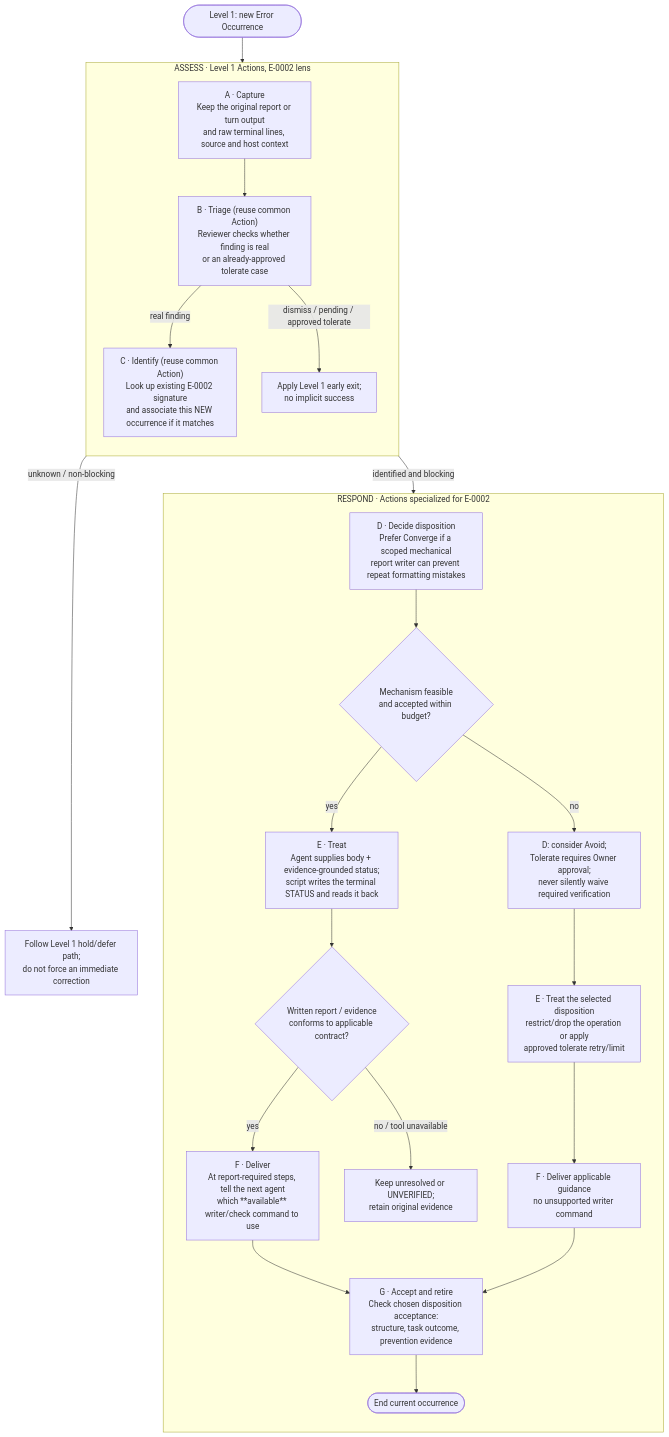
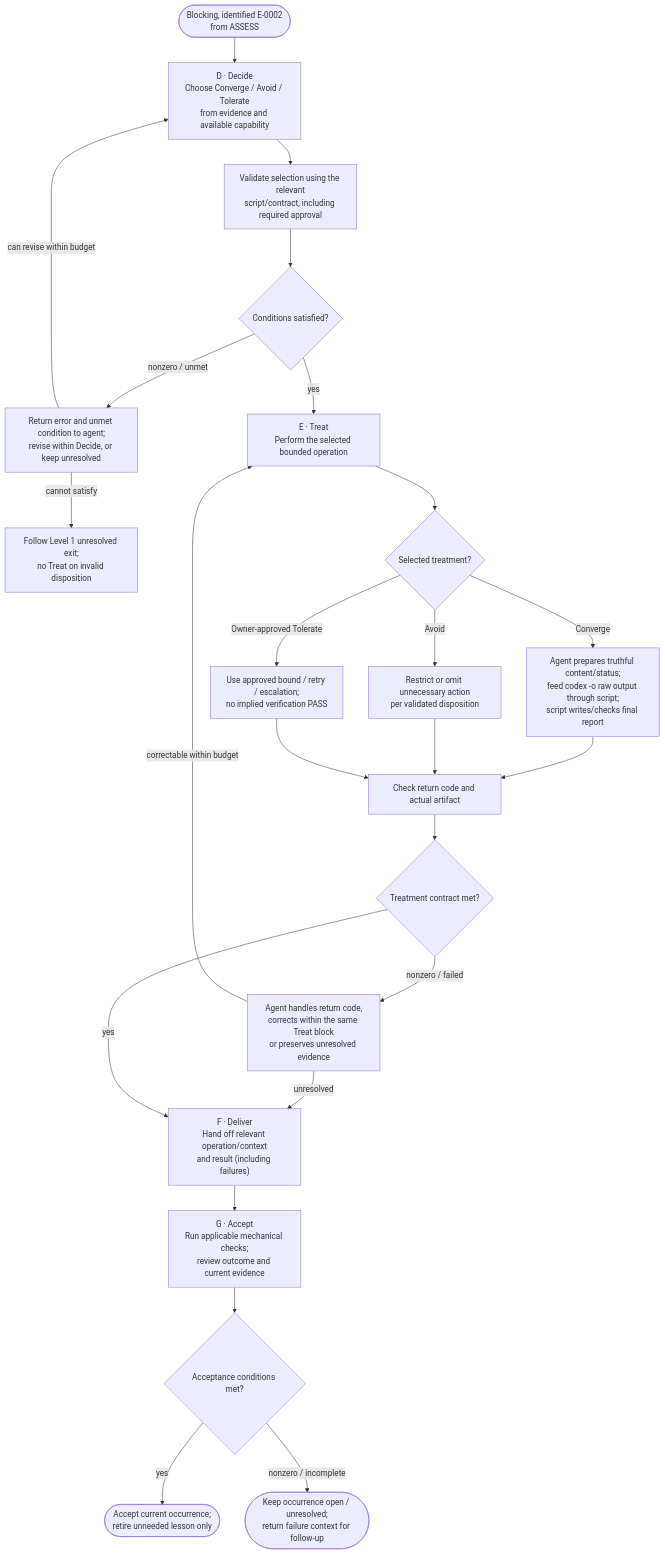
The second of 3 diagrams in docs/discussions/error-handling/actions/e0002-action-map.md (dyphn1/Harness-everything), drawn with Mermaid before and after one commit. The commit also changed other lines of this file, not shown here.

Commit message:
docs(error-handling): refine E-0002 Level 2 block zoom and return-code handling

````diff
--- a/docs/discussions/error-handling/actions/e0002-action-map.md
+++ b/docs/discussions/error-handling/actions/e0002-action-map.md
@@ -9,33 +27,26 @@
 ```mermaid
 flowchart TD
-    S(["Level 1: new Error Occurrence"]) --> A
-
-    subgraph ASSESS["ASSESS · Level 1 Actions, E-0002 lens"]
-        direction TB
-        A["A · Capture<br/>Keep the original report or turn output<br/>and raw terminal lines, source and host context"]
-        B["B · Triage (reuse common Action)<br/>Reviewer checks whether finding is real<br/>or an already-approved tolerate case"]
-        C["C · Identify (reuse common Action)<br/>Look up existing E-0002 signature<br/>and associate this NEW occurrence if it matches"]
-        A --> B
-        B -->|"real finding"| C
-        B -->|"dismiss / pending / approved tolerate"| EXIT["Apply Level 1 early exit;<br/>no implicit success"]
-    end
-
-    C -->|"identified and blocking"| D
-    C -->|"unknown / non-blocking"| DEFER["Follow Level 1 hold/defer path;<br/>do not force an immediate correction"]
-
-    subgraph RESPOND["RESPOND · Actions specialized for E-0002"]
-        direction TB
-        D["D · Decide disposition<br/>Prefer Converge if a scoped mechanical<br/>report writer can prevent repeat formatting mistakes"]
-        D --> CHOOSE{"Mechanism feasible<br/>and accepted within budget?"}
-        CHOOSE -->|"yes"| E["E · Treat<br/>Agent supplies body + evidence-grounded status;<br/>script writes the terminal STATUS and reads it back"]
-        CHOOSE -->|"no"| ALT["D: consider Avoid;<br/>Tolerate requires Owner approval;<br/>never silently waive required verification"]
-        ALT --> EALT["E · Treat the selected disposition<br/>restrict/drop the operation or apply<br/>approved tolerate retry/limit"]
-        EALT --> FALT["F · Deliver applicable guidance<br/>no unsupported writer command"]
-        E --> CHECK{"Written report / evidence<br/>conforms to applicable contract?"}
-        CHECK -->|"no / tool unavailable"| OPEN["Keep unresolved or UNVERIFIED;<br/>retain original evidence"]
-        CHECK -->|"yes"| F["F · Deliver<br/>At report-required steps, tell the next agent<br/>which **available** writer/check command to use"]
-        F --> G["G · Accept and retire<br/>Check chosen disposition acceptance:<br/>structure, task outcome, prevention evidence"]
-        FALT --> G
-        G --> END(["End current occurrence"])
-    end
+    IN(["Blocking, identified E-0002<br/>from ASSESS"]) --> D["D · Decide<br/>Choose Converge / Avoid / Tolerate<br/>from evidence and available capability"]
+    D --> V["Validate selection using the relevant<br/>script/contract, including required approval"]
+    V --> VR{"Conditions satisfied?"}
+    VR -->|"nonzero / unmet"| DR["Return error and unmet condition to agent;<br/>revise within Decide, or keep unresolved"]
+    DR -->|"can revise within budget"| D
+    DR -->|"cannot satisfy"| DEXIT["Follow Level 1 unresolved exit;<br/>no Treat on invalid disposition"]
+    VR -->|"yes"| E["E · Treat<br/>Perform the selected bounded operation"]
+    E --> ET{"Selected treatment?"}
+    ET -->|"Converge"| WR["Agent prepares truthful content/status;<br/>feed codex -o raw output through script;<br/>script writes/checks final report"]
+    ET -->|"Avoid"| AV["Restrict or omit unnecessary action<br/>per validated disposition"]
+    ET -->|"Owner-approved Tolerate"| TO["Use approved bound / retry / escalation;<br/>no implied verification PASS"]
+    WR --> RC["Check return code and actual artifact"]
+    AV --> RC
+    TO --> RC
+    RC --> OK{"Treatment contract met?"}
+    OK -->|"nonzero / failed"| ERR["Agent handles return code,<br/>corrects within the same Treat block<br/>or preserves unresolved evidence"]
+    ERR -->|"correctable within budget"| E
+    ERR -->|"unresolved"| F
+    OK -->|"yes"| F["F · Deliver<br/>Hand off relevant operation/context<br/>and result (including failures)"]
+    F --> G["G · Accept<br/>Run applicable mechanical checks;<br/>review outcome and current evidence"]
+    G --> GOK{"Acceptance conditions met?"}
+    GOK -->|"yes"| DONE(["Accept current occurrence;<br/>retire unneeded lesson only"])
+    GOK -->|"nonzero / incomplete"| OPEN(["Keep occurrence open / unresolved;<br/>return failure context for follow-up"])
 ```
````
